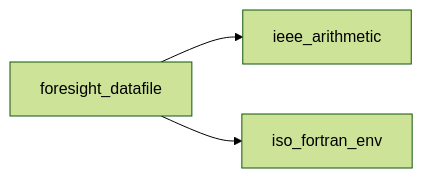
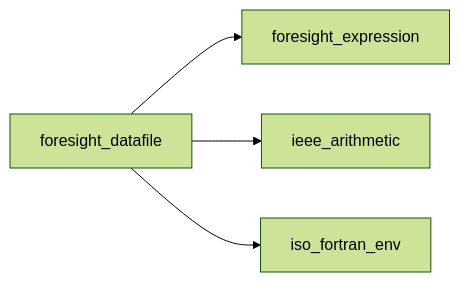
Before and after one commit to szaghi/foresight: the first of 7 diagrams in docs/api/src/lib/foresight_datafile.md, drawn with Mermaid (forest theme). The commit also changed other lines of this file and 16 other files, not shown here.

````diff
--- a/docs/api/src/lib/foresight_datafile.md
+++ b/docs/api/src/lib/foresight_datafile.md
@@ -20,5 +20,6 @@
 ```mermaid
 graph LR
+  foresight_datafile["foresight_datafile"] --> foresight_expression["foresight_expression"]
   foresight_datafile["foresight_datafile"] --> ieee_arithmetic["ieee_arithmetic"]
   foresight_datafile["foresight_datafile"] --> iso_fortran_env["iso_fortran_env"]
 ```
````
